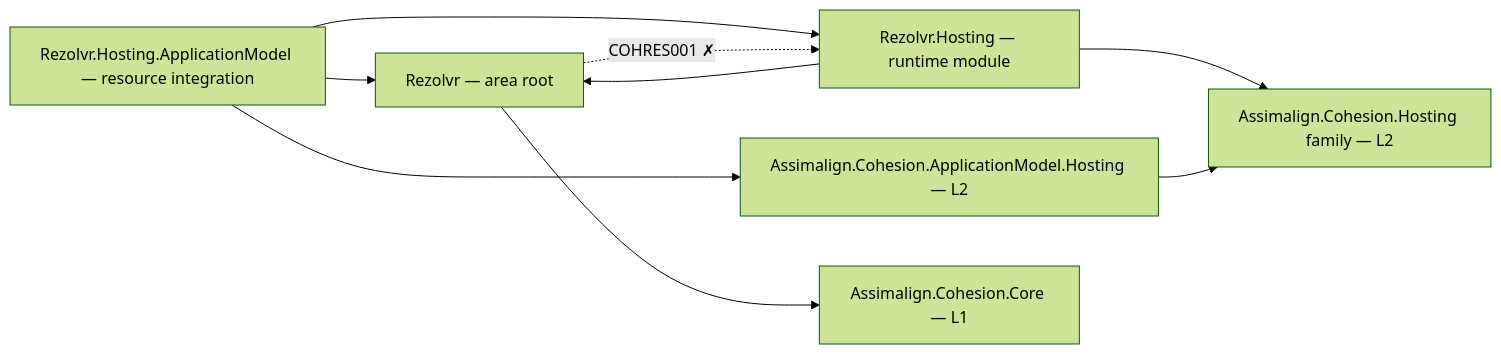
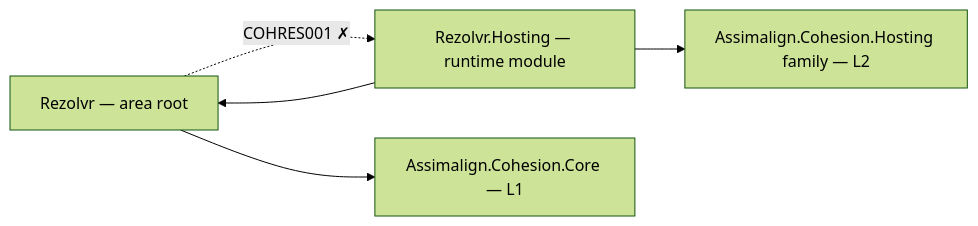
Before and after one commit to assimalign/cohesion: the diagram in resources/Rezolvr/README.md, drawn with Mermaid (forest theme). The commit also changed other lines of this file and 141 other files, not shown here.

First line of the commit message:
docs(application-model): remove the old model from rules and docs

````diff
--- a/resources/Rezolvr/README.md
+++ b/resources/Rezolvr/README.md
@@ -14,17 +14,11 @@
 ```mermaid
 flowchart LR
     P0["Rezolvr — area root"]
     P3["Rezolvr.Hosting — runtime module"]
-    PAM["Rezolvr.Hosting.ApplicationModel — resource integration"]
-    AMH["Assimalign.Cohesion.ApplicationModel.Hosting — L2"]
     CORE["Assimalign.Cohesion.Core — L1"]
     HOSTFAM["Assimalign.Cohesion.Hosting family — L2"]
     P0 --> CORE
     P3 --> HOSTFAM
     P3 --> P0
-    PAM --> P3
-    PAM --> P0
-    PAM --> AMH
-    AMH --> HOSTFAM
     P0 -.->|"COHRES001 ✗"| P3
 ```
````
